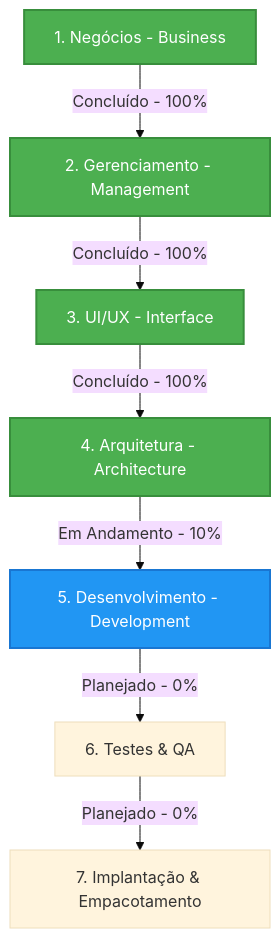
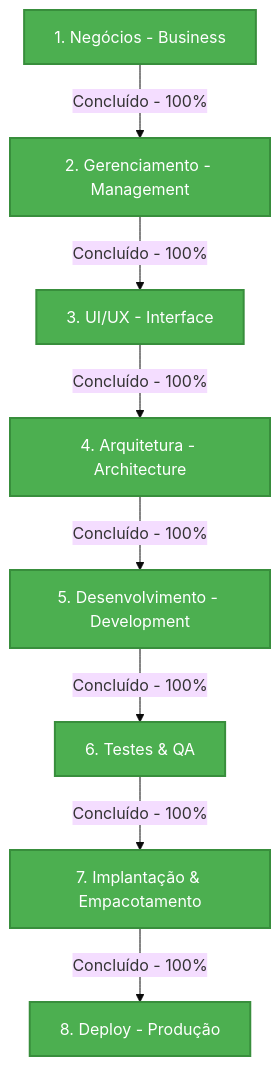
Before and after one commit to marcelomaymone/organizador: the diagram in docs/bmad/2_gerenciamento/status_fluxo.md, drawn with Mermaid (base theme). The commit also changed other lines of this file and 38 other files, not shown here.

````diff
--- a/docs/bmad/2_gerenciamento/status_fluxo.md
+++ b/docs/bmad/2_gerenciamento/status_fluxo.md
@@ -11,15 +11,19 @@
 ```mermaid
 graph TD
     A[1. Negócios - Business] -->|Concluído - 100%| B[2. Gerenciamento - Management]
     B -->|Concluído - 100%| C[3. UI/UX - Interface]
     C -->|Concluído - 100%| D[4. Arquitetura - Architecture]
-    D -->|Em Andamento - 10%| E[5. Desenvolvimento - Development]
-    E -->|Planejado - 0%| F[6. Testes & QA]
-    F -->|Planejado - 0%| G[7. Implantação & Empacotamento]
+    D -->|Concluído - 100%| E[5. Desenvolvimento - Development]
+    E -->|Concluído - 100%| F[6. Testes & QA]
+    F -->|Concluído - 100%| G[7. Implantação & Empacotamento]
+    G -->|Concluído - 100%| H[8. Deploy - Produção]
     
     style A fill:#4CAF50,stroke:#388E3C,stroke-width:2px,color:#fff
     style B fill:#4CAF50,stroke:#388E3C,stroke-width:2px,color:#fff
     style C fill:#4CAF50,stroke:#388E3C,stroke-width:2px,color:#fff
     style D fill:#4CAF50,stroke:#388E3C,stroke-width:2px,color:#fff
-    style E fill:#2196F3,stroke:#1976D2,stroke-width:2px,color:#fff
+    style E fill:#4CAF50,stroke:#388E3C,stroke-width:2px,color:#fff
+    style F fill:#4CAF50,stroke:#388E3C,stroke-width:2px,color:#fff
+    style G fill:#4CAF50,stroke:#388E3C,stroke-width:2px,color:#fff
+    style H fill:#4CAF50,stroke:#388E3C,stroke-width:2px,color:#fff
 ```
````
